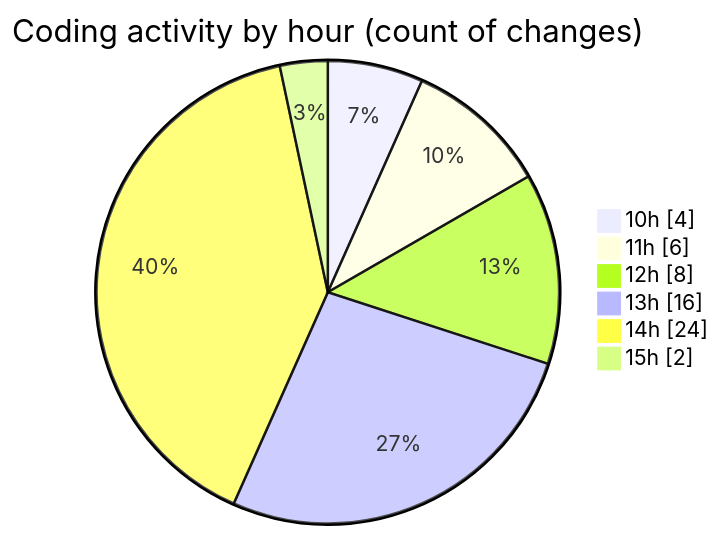
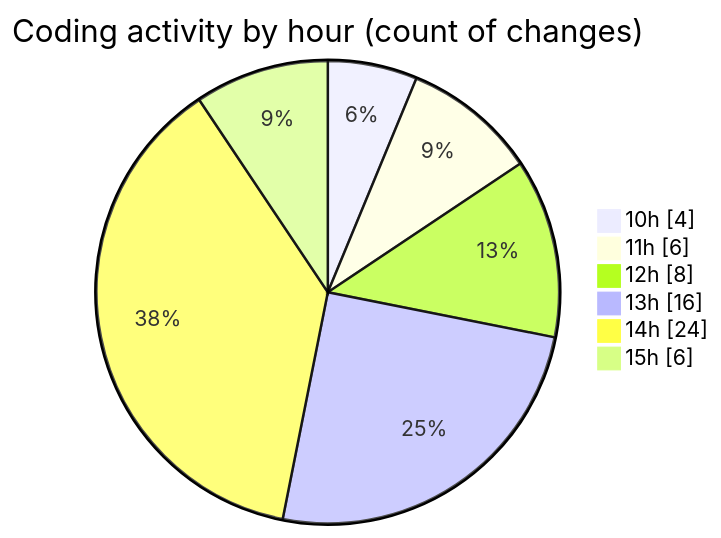
Before and after one commit to LanceThiago/code-tracking: the second of 2 diagrams in 2025-10-03/totem2/README.md, drawn with Mermaid. The commit also changed other lines of this file and 1 other file, not shown here.

````diff
--- a/2025-10-03/totem2/README.md
+++ b/2025-10-03/totem2/README.md
@@ -30,10 +31,10 @@
 ```mermaid
 pie showData
 title Coding activity by hour (count of changes)
 "10h" : 4
 "11h" : 6
 "12h" : 8
 "13h" : 16
 "14h" : 24
-"15h" : 2
+"15h" : 6
 ```
````
